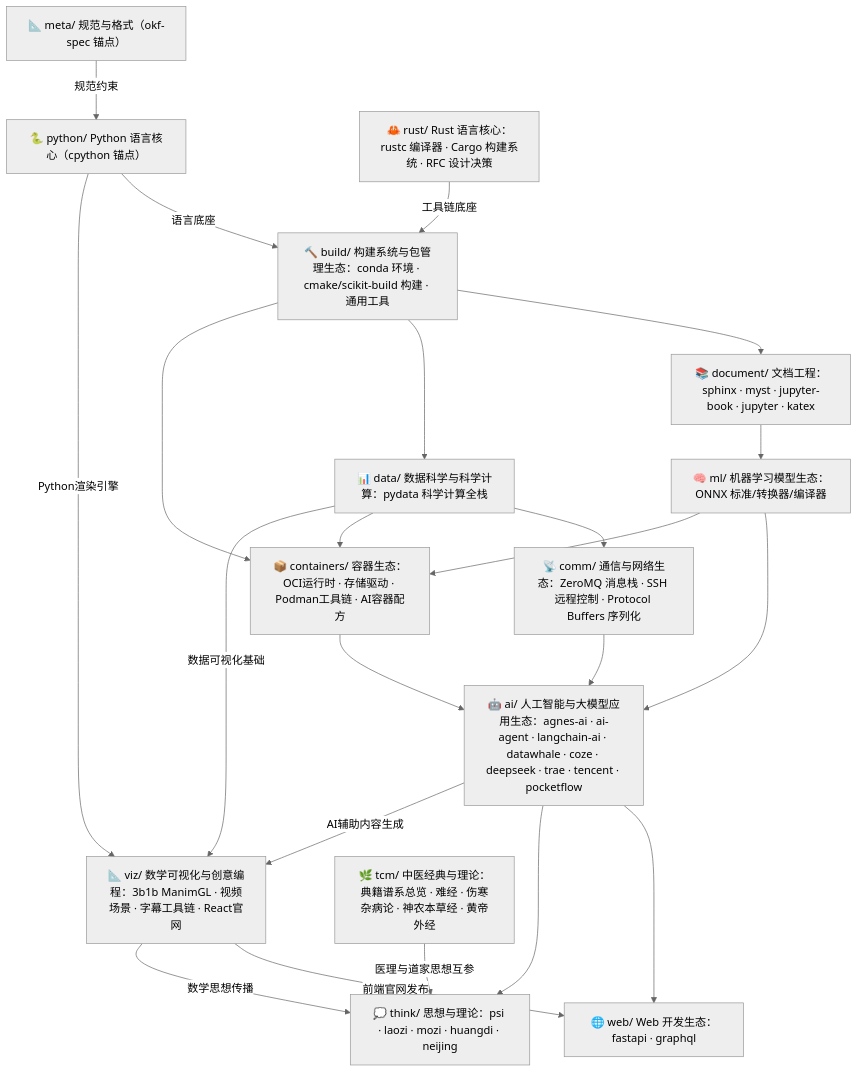
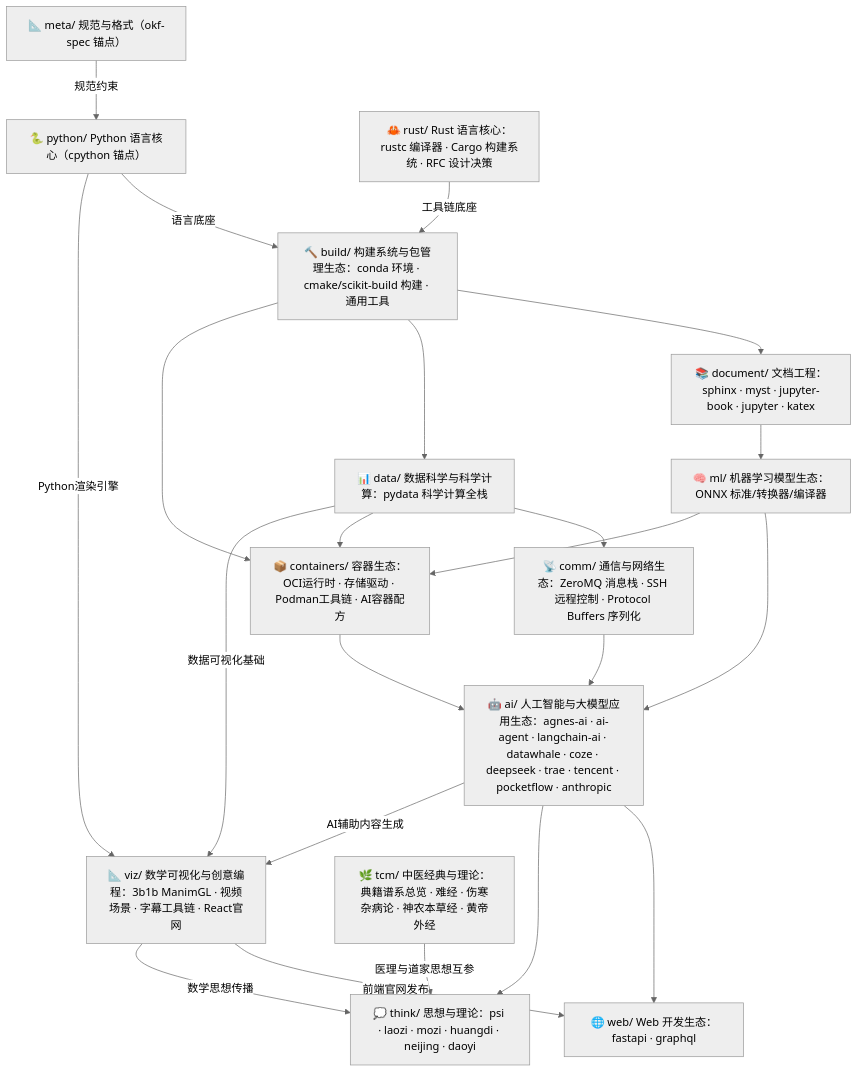
Before and after one commit to awesome-flexloop/awesome-okf: the first of 2 diagrams in doc/bundles/index.md, drawn with Mermaid (neutral theme). The commit also changed other lines of this file, not shown here.

First line of the commit message:
docs(bundles): 总索引全量对账并注册道医分组——计数对齐 317 束/54 组，补登 anthropic 与 daoyi 行

````diff
--- a/doc/bundles/index.md
+++ b/doc/bundles/index.md
@@ -21,38 +21,38 @@
 ```mermaid
 flowchart TD
     meta["📐 meta/ 规范与格式（okf-spec 锚点）"]
     py["🐍 python/ Python 语言核心（cpython 锚点）"]
     rust["🦀 rust/ Rust 语言核心：rustc 编译器 · Cargo 构建系统 · RFC 设计决策"]
     build["🔨 build/ 构建系统与包管理生态：conda 环境 · cmake/scikit-build 构建 · 通用工具"]
     doc["📚 document/ 文档工程：sphinx · myst · jupyter-book · jupyter · katex"]
     data["📊 data/ 数据科学与科学计算：pydata 科学计算全栈"]
     ml["🧠 ml/ 机器学习模型生态：ONNX 标准/转换器/编译器"]
     comm["📡 comm/ 通信与网络生态：ZeroMQ 消息栈 · SSH 远程控制 · Protocol Buffers 序列化"]
-    ai["🤖 ai/ 人工智能与大模型应用生态：agnes-ai · ai-agent · langchain-ai · datawhale · coze · deepseek · trae · tencent · pocketflow"]
+    ai["🤖 ai/ 人工智能与大模型应用生态：agnes-ai · ai-agent · langchain-ai · datawhale · coze · deepseek · trae · tencent · pocketflow · anthropic"]
     viz["📐 viz/ 数学可视化与创意编程：3b1b ManimGL · 视频场景 · 字幕工具链 · React官网"]
     web["🌐 web/ Web 开发生态：fastapi · graphql"]
     containers["📦 containers/ 容器生态：OCI运行时 · 存储驱动 · Podman工具链 · AI容器配方"]
-    think["💭 think/ 思想与理论：psi · laozi · mozi · huangdi · neijing"]
+    think["💭 think/ 思想与理论：psi · laozi · mozi · huangdi · neijing · daoyi"]
     tcm["🌿 tcm/ 中医经典与理论：典籍谱系总览 · 难经 · 伤寒杂病论 · 神农本草经 · 黄帝外经"]
     meta -->|"规范约束"| py
     py -->|"语言底座"| build
     rust -->|"工具链底座"| build
     build --> doc
     build --> data
     build --> containers
     doc --> ml
     data --> comm
     data --> containers
     data -->|"数据可视化基础"| viz
     py -->|"Python渲染引擎"| viz
     ml --> ai
     ml --> containers
     comm --> ai
     containers --> ai
     ai --> web
     ai --> think
     ai -->|"AI辅助内容生成"| viz
     viz -->|"前端官网发布"| web
     viz -->|"数学思想传播"| think
     tcm -->|"医理与道家思想互参"| think
 ```
````
